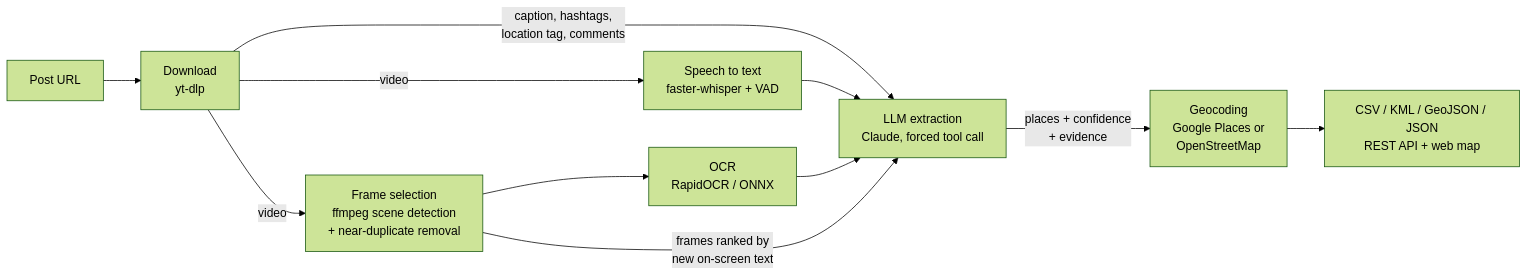
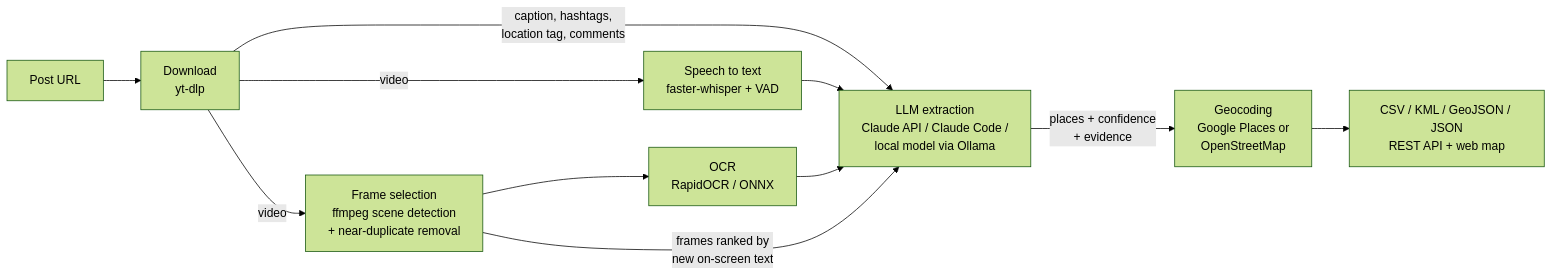
One commit to MayaLandman/reel-2-map changed the diagram in README.md. Above: the diagram before and after it, drawn with Mermaid (forest theme). The commit also changed other lines of this file and 5 other files, not shown here.

First line of the commit message:
Add a free local backend with Ollama

````diff
--- a/README.md
+++ b/README.md
@@ -27,13 +27,13 @@
 ```mermaid
 flowchart LR
     A[Post URL] --> B[Download<br/>yt-dlp]
     B -->|caption, hashtags,<br/>location tag, comments| F
     B -->|video| C[Speech to text<br/>faster-whisper + VAD]
     B -->|video| D[Frame selection<br/>ffmpeg scene detection<br/>+ near-duplicate removal]
     D --> E[OCR<br/>RapidOCR / ONNX]
-    C --> F[LLM extraction<br/>Claude, forced tool call]
+    C --> F[LLM extraction<br/>Claude API / Claude Code /<br/>local model via Ollama]
     E --> F
     D -->|frames ranked by<br/>new on-screen text| F
     F -->|places + confidence<br/>+ evidence| G[Geocoding<br/>Google Places or<br/>OpenStreetMap]
     G --> H[CSV / KML / GeoJSON / JSON<br/>REST API + web map]
 ```
````
